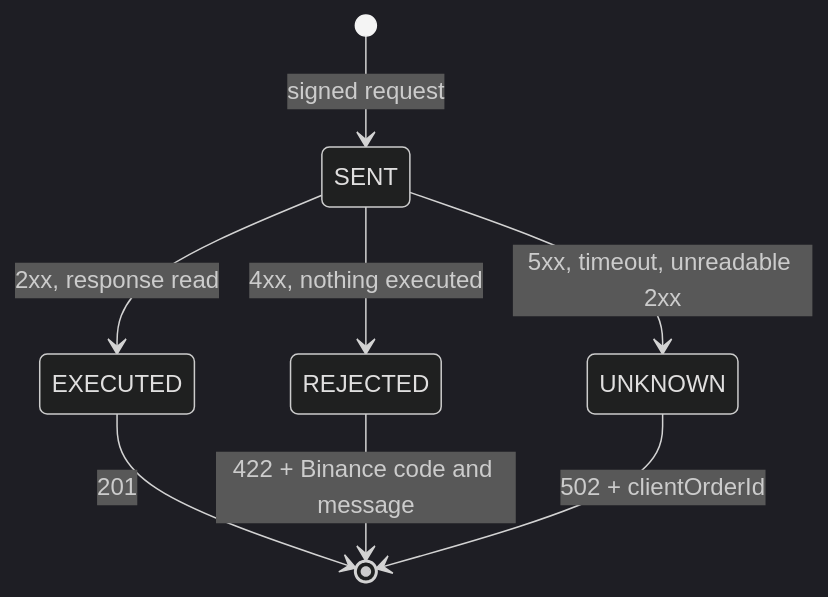
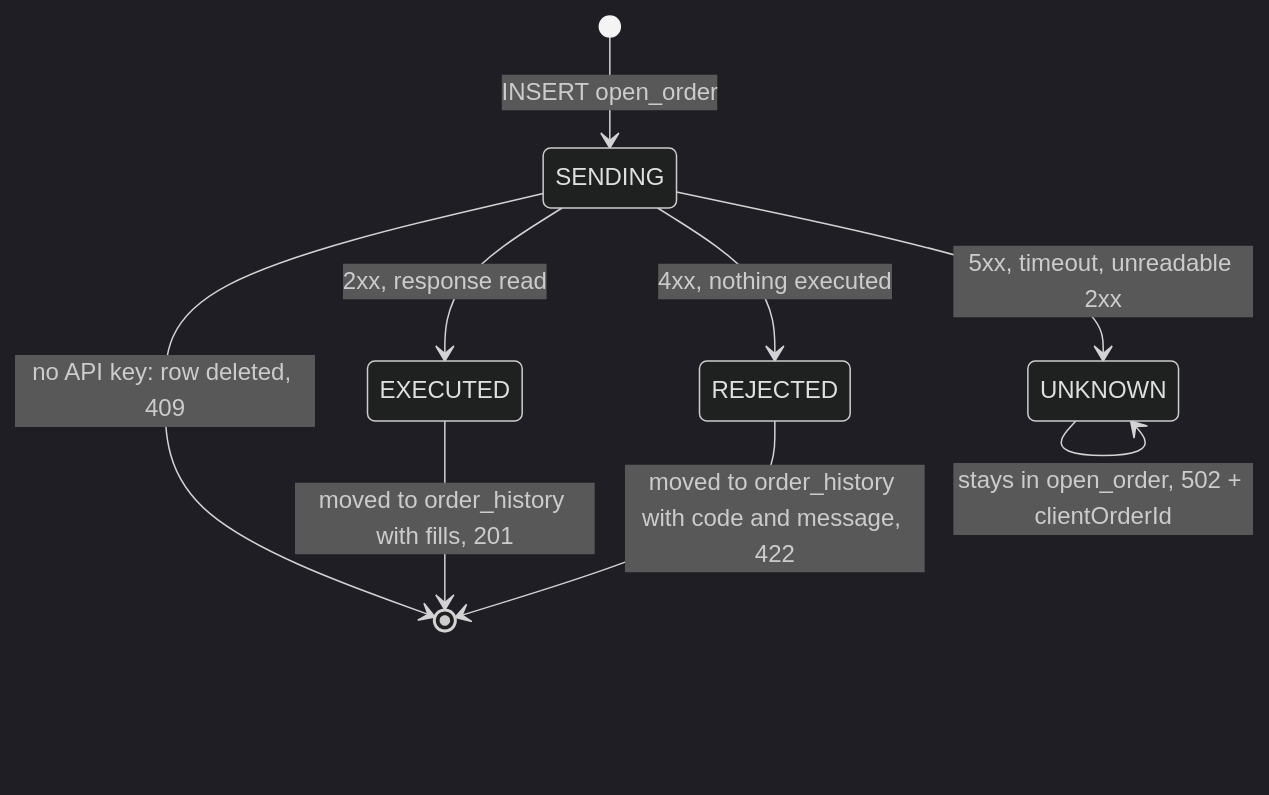
Before and after one commit to ShadowOfDiablo/t212-coding-task: diagram 12 of 20 in docs/ARCHITECTURE.md, drawn with Mermaid (dark theme). The commit also changed other lines of this file and 16 other files, not shown here.

First line of the commit message:
Store each order before sending it and settle it afterwards (#12)

````diff
--- a/docs/ARCHITECTURE.md
+++ b/docs/ARCHITECTURE.md
@@ -456,10 +461,11 @@
 ```mermaid
 stateDiagram-v2
-    [*] --> SENT: signed request
-    SENT --> EXECUTED: 2xx, response read
-    SENT --> REJECTED: 4xx, nothing executed
-    SENT --> UNKNOWN: 5xx, timeout, unreadable 2xx
-    EXECUTED --> [*]: 201
-    REJECTED --> [*]: 422 + Binance code and message
-    UNKNOWN --> [*]: 502 + clientOrderId
+    [*] --> SENDING: INSERT open_order
+    SENDING --> EXECUTED: 2xx, response read
+    SENDING --> REJECTED: 4xx, nothing executed
+    SENDING --> UNKNOWN: 5xx, timeout, unreadable 2xx
+    SENDING --> [*]: no API key: row deleted, 409
+    EXECUTED --> [*]: moved to order_history with fills, 201
+    REJECTED --> [*]: moved to order_history with code and message, 422
+    UNKNOWN --> UNKNOWN: stays in open_order, 502 + clientOrderId
 ```
````
